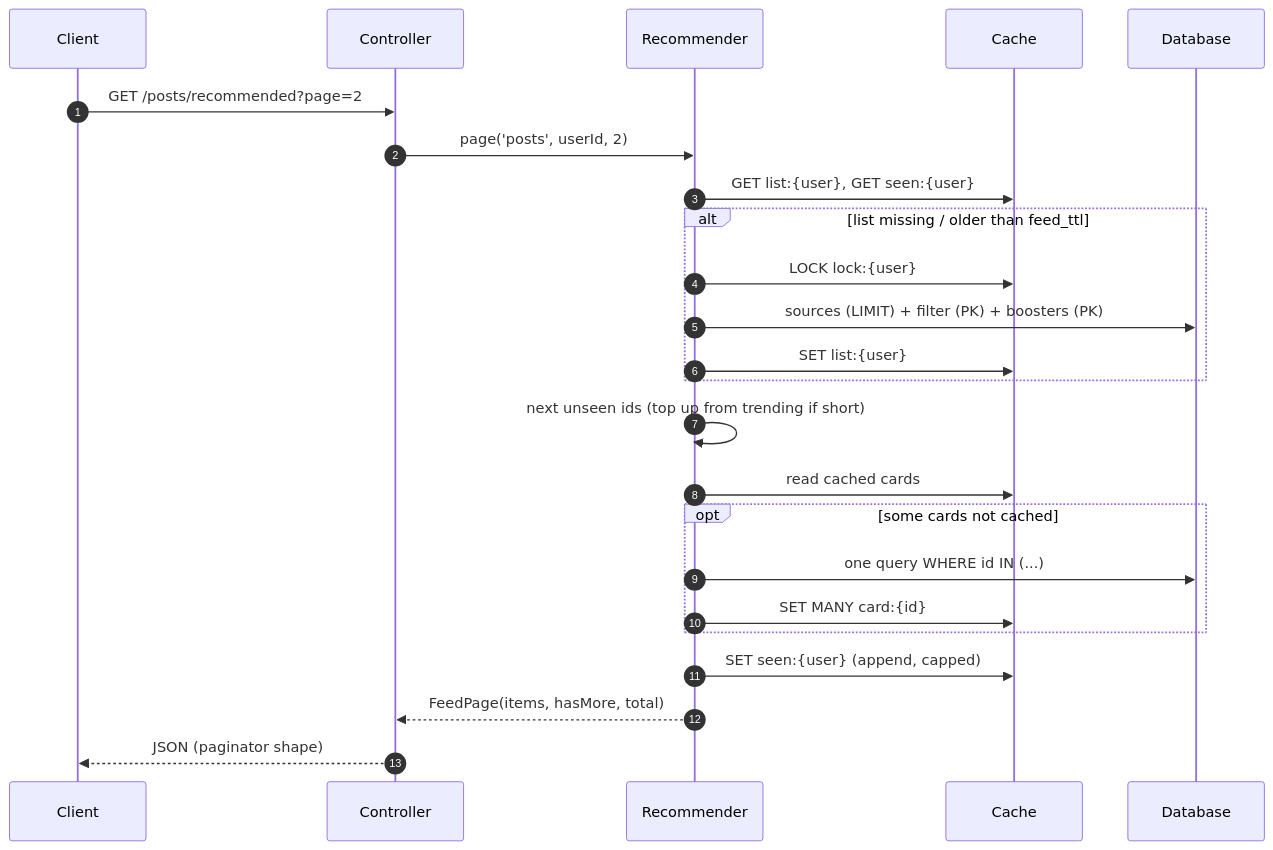
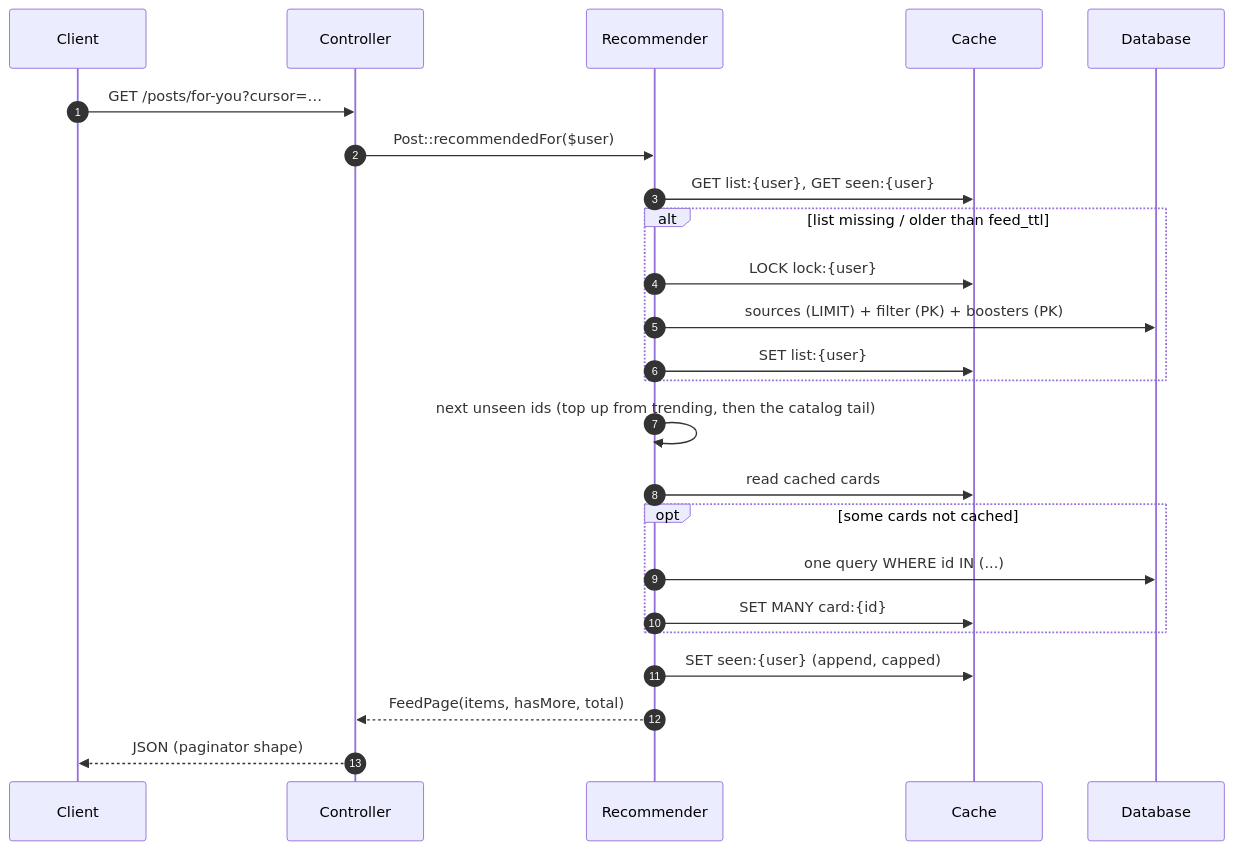
Before and after one commit to solutionforest/laravel-recommender: the second of 3 diagrams in docs/how-it-works.md, drawn with Mermaid. The commit also changed other lines of this file and 25 other files, not shown here.

````diff
--- a/docs/how-it-works.md
+++ b/docs/how-it-works.md
@@ -33,27 +34,27 @@
 ```mermaid
 sequenceDiagram
   autonumber
   participant C as Client
   participant API as Controller
   participant R as Recommender
   participant K as Cache
   participant DB as Database
 
-  C->>API: GET /posts/recommended?page=2
-  API->>R: page('posts', userId, 2)
+  C->>API: GET /posts/for-you?cursor=…
+  API->>R: Post::recommendedFor($user)
   R->>K: GET list:{user}, GET seen:{user}
   alt list missing / older than feed_ttl
     R->>K: LOCK lock:{user}
     R->>DB: sources (LIMIT) + filter (PK) + boosters (PK)
     R->>K: SET list:{user}
   end
-  R->>R: next unseen ids (top up from trending if short)
+  R->>R: next unseen ids (top up from trending, then the catalog tail)
   R->>K: read cached cards
   opt some cards not cached
     R->>DB: one query WHERE id IN (...)
     R->>K: SET MANY card:{id}
   end
   R->>K: SET seen:{user} (append, capped)
   R-->>API: FeedPage(items, hasMore, total)
   API-->>C: JSON (paginator shape)
 ```
````
